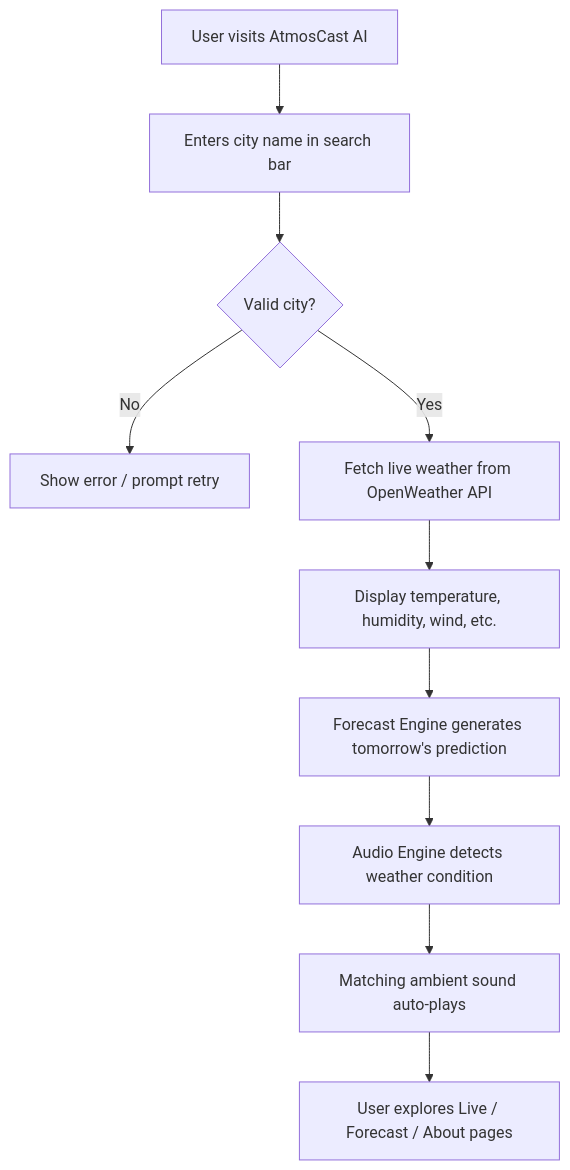
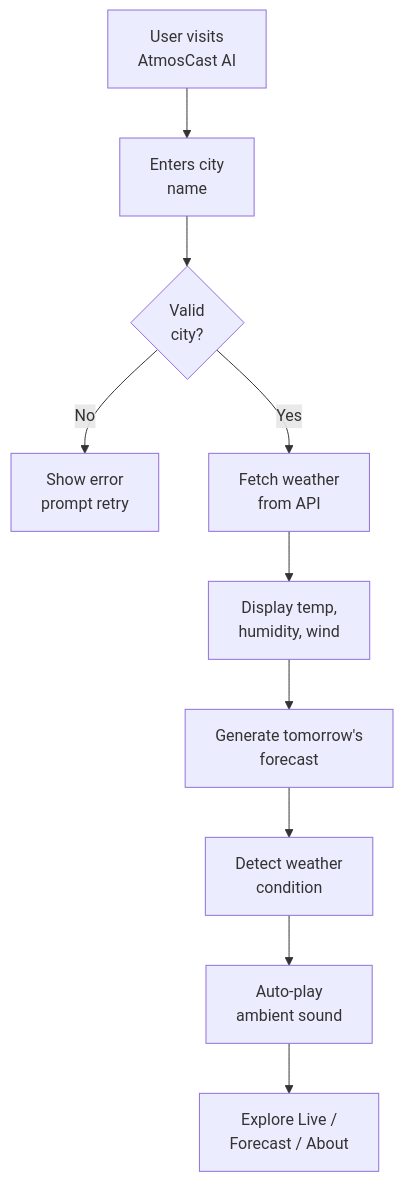
The first of 3 diagrams in README.md (Jayita-pro/AtmosCast_AI), drawn with Mermaid before and after one commit. The commit also changed other lines of this file, not shown here.

Commit message:
Revise diagrams in README for better readability
Updated user flow diagram and application workflow in README.md to improve clarity and formatting.

````diff
--- a/README.md
+++ b/README.md
@@ -172,12 +172,12 @@
 ```mermaid
 flowchart TD
-    A[User visits AtmosCast AI] --> B[Enters city name in search bar]
-    B --> C{Valid city?}
-    C -- No --> D[Show error / prompt retry]
-    C -- Yes --> E[Fetch live weather from OpenWeather API]
-    E --> F[Display temperature, humidity, wind, etc.]
-    F --> G[Forecast Engine generates tomorrow's prediction]
-    G --> H[Audio Engine detects weather condition]
-    H --> I[Matching ambient sound auto-plays]
-    I --> J[User explores Live / Forecast / About pages]
+    A["User visits<br/>AtmosCast AI"] --> B["Enters city<br/>name"]
+    B --> C{"Valid<br/>city?"}
+    C -- No --> D["Show error<br/>prompt retry"]
+    C -- Yes --> E["Fetch weather<br/>from API"]
+    E --> F["Display temp,<br/>humidity, wind"]
+    F --> G["Generate tomorrow's<br/>forecast"]
+    G --> H["Detect weather<br/>condition"]
+    H --> I["Auto-play<br/>ambient sound"]
+    I --> J["Explore Live /<br/>Forecast / About"]
 ```
````
